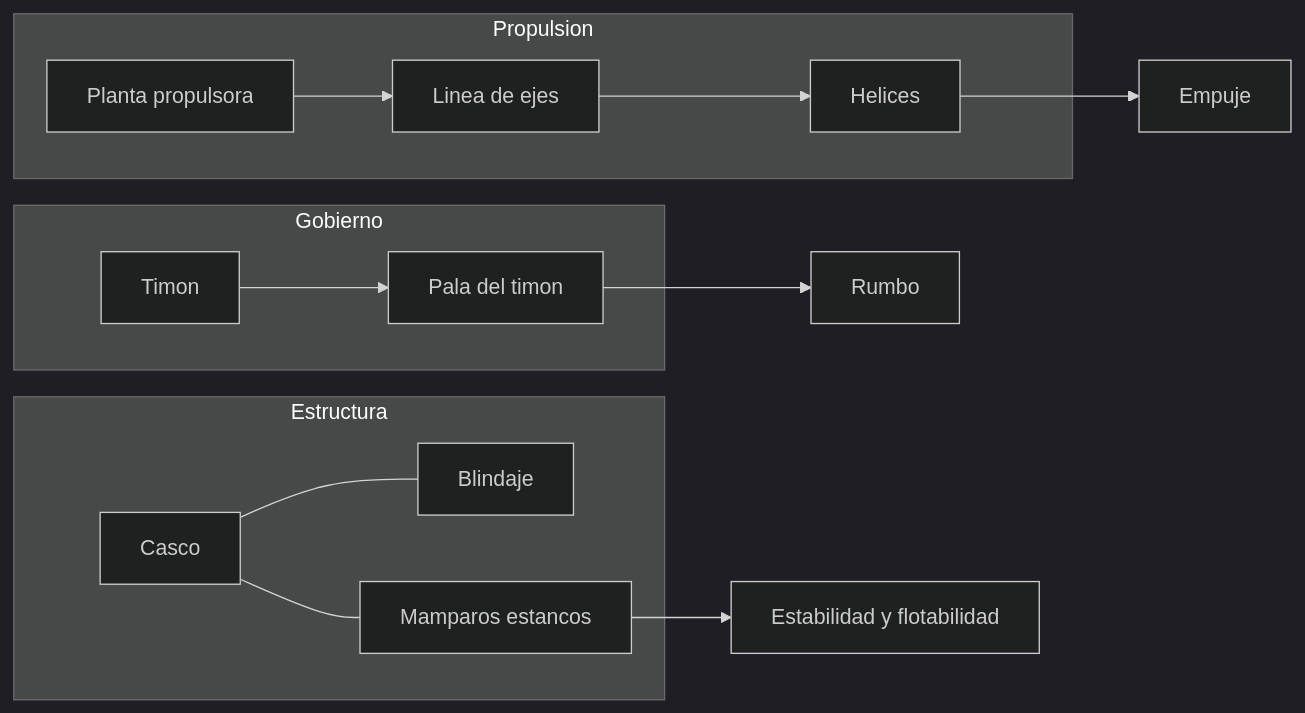
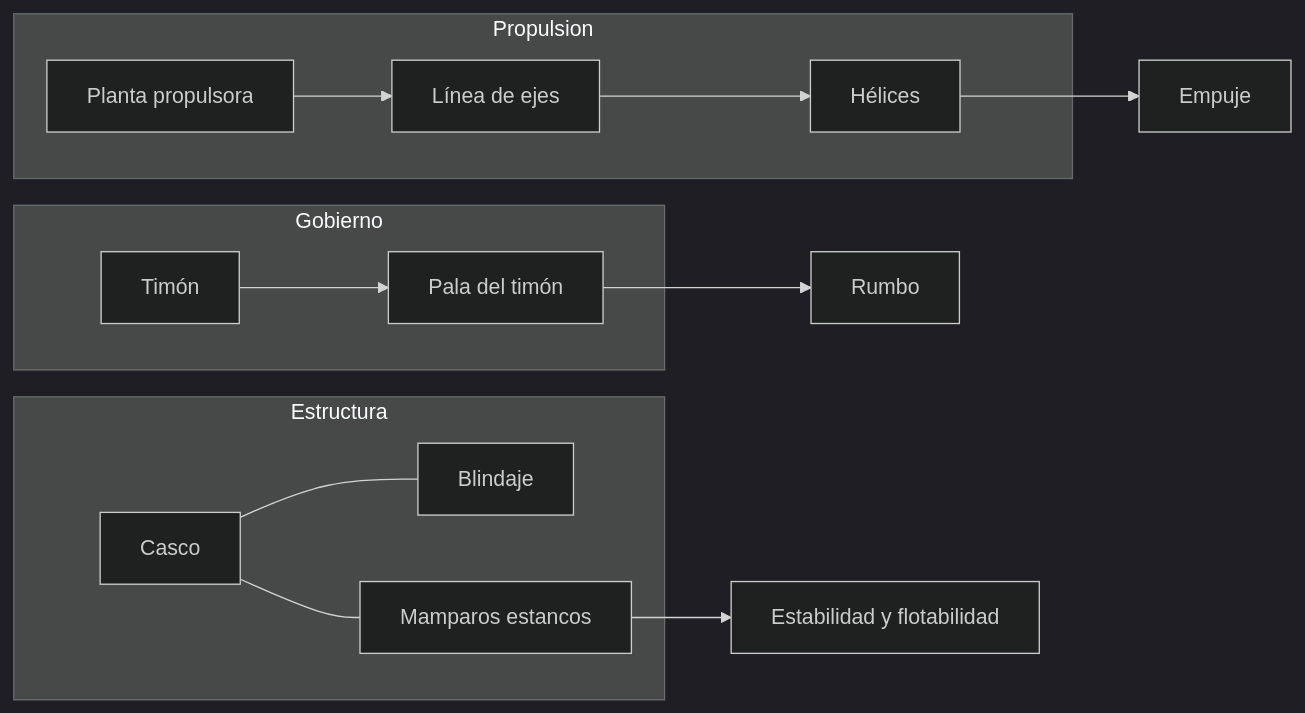
Before and after one commit to vladimiracunadev-create/machine-operator-program: the first of 2 diagrams in vehiculos/acorazados/operacion/sistemas-mecanicos-acorazado.md, drawn with Mermaid (dark theme). The commit also changed other lines of this file and 442 other files, not shown here.

````diff
--- a/vehiculos/acorazados/operacion/sistemas-mecanicos-acorazado.md
+++ b/vehiculos/acorazados/operacion/sistemas-mecanicos-acorazado.md
@@ -10,16 +10,16 @@
 ```mermaid
 flowchart LR
     subgraph Propulsion
-        M[Planta propulsora] --> Ej[Linea de ejes] --> H[Helices]
+        M[Planta propulsora] --> Ej[Línea de ejes] --> H[Hélices]
     end
     subgraph Gobierno
-        Ti[Timon] --> Pa[Pala del timon]
+        Ti[Timón] --> Pa[Pala del timón]
     end
     subgraph Estructura
         Ca[Casco] --- Bl[Blindaje]
         Ca --- Ma[Mamparos estancos]
     end
     H --> Empuje[Empuje]
     Pa --> Rumbo[Rumbo]
     Ma --> Estabilidad[Estabilidad y flotabilidad]
 ```
````
